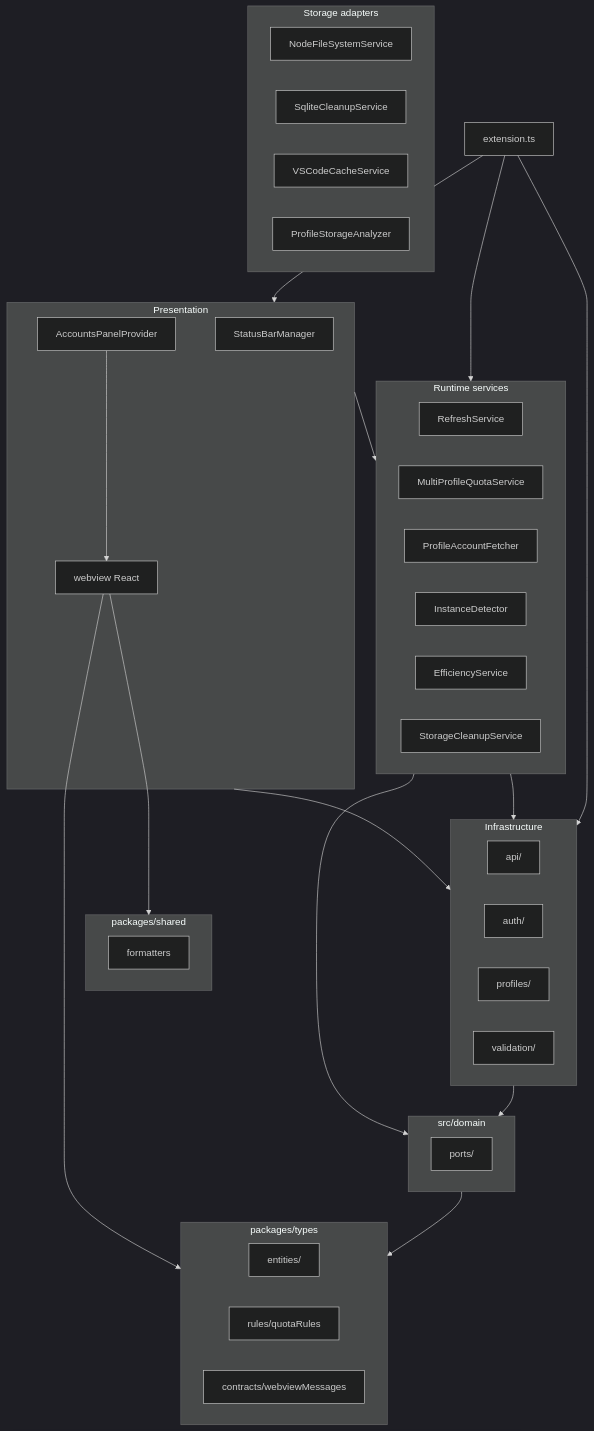
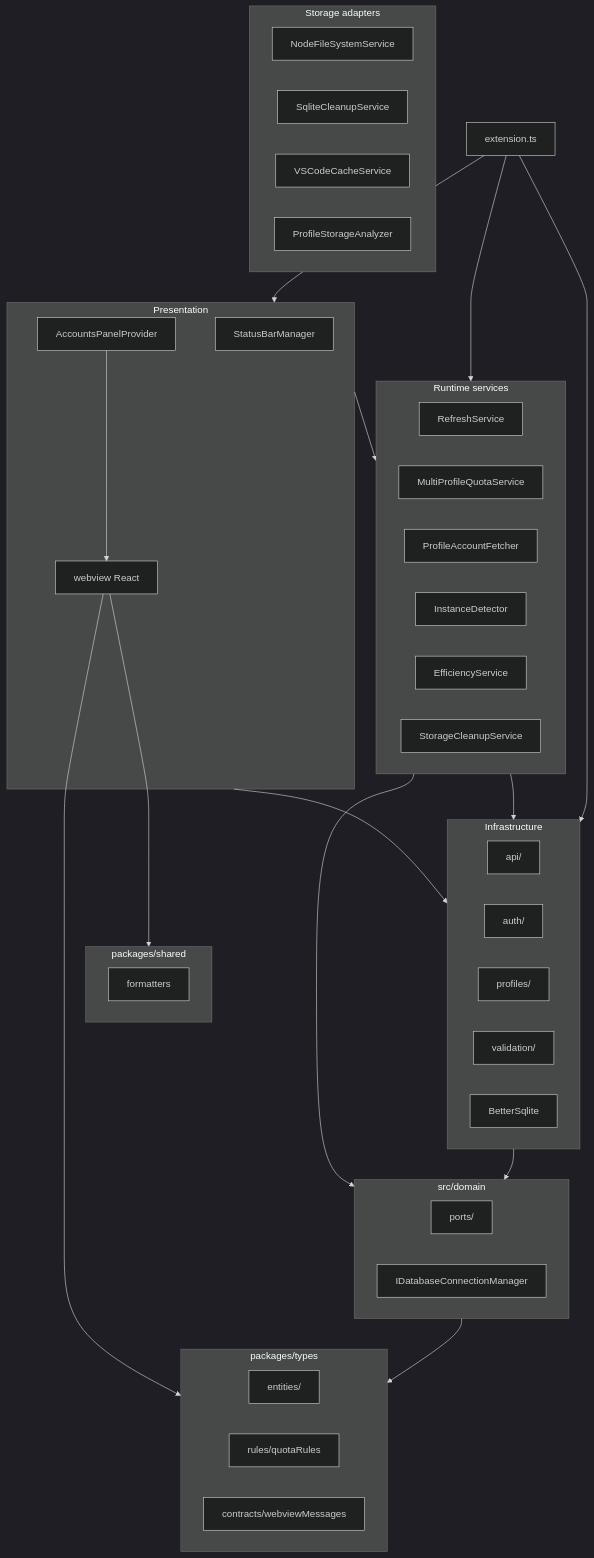
One commit to vypdev/cursor-accounts changed the first of 6 diagrams in docs/ARCHITECTURE.md. Above: the diagram before and after it, drawn with Mermaid (dark theme). The commit also changed other lines of this file and 31 other files, not shown here.

````diff
--- a/docs/ARCHITECTURE.md
+++ b/docs/ARCHITECTURE.md
@@ -30,51 +50,53 @@
 ```mermaid
 graph TB
   subgraph shared [packages/types]
     Entities[entities/]
     Rules[rules/quotaRules]
     Contracts[contracts/webviewMessages]
   end
   subgraph sharedUtils [packages/shared]
     Formatters[formatters]
   end
   subgraph domain [src/domain]
     Ports[ports/]
+    DbPort[IDatabaseConnectionManager]
   end
   subgraph infra [Infrastructure]
     API[api/]
     Auth[auth/]
     Profiles[profiles/]
     Validation[validation/]
+    DbAdapter[BetterSqlite]
   end
   subgraph runtime [Runtime services]
     Refresh[RefreshService]
     MultiQuota[MultiProfileQuotaService]
     AccountFetch[ProfileAccountFetcher]
     Instance[InstanceDetector]
     Efficiency[EfficiencyService]
     StorageCleanup[StorageCleanupService]
   end
   subgraph storageInfra [Storage adapters]
     FileSystem[NodeFileSystemService]
     SqliteCleanup[SqliteCleanupService]
     VSCodeCache[VSCodeCacheService]
     StorageAnalyzer[ProfileStorageAnalyzer]
   end
   subgraph presentation [Presentation]
     StatusBar[StatusBarManager]
     Panel[AccountsPanelProvider]
     Webview[webview React]
   end
   Ext[extension.ts] --> runtime
   Ext --> presentation
   Ext --> infra
   domain --> shared
   infra --> domain
   runtime --> domain
   runtime --> infra
   presentation --> runtime
   presentation --> infra
   Webview --> shared
   Webview --> sharedUtils
   Panel --> Webview
 ```
````
